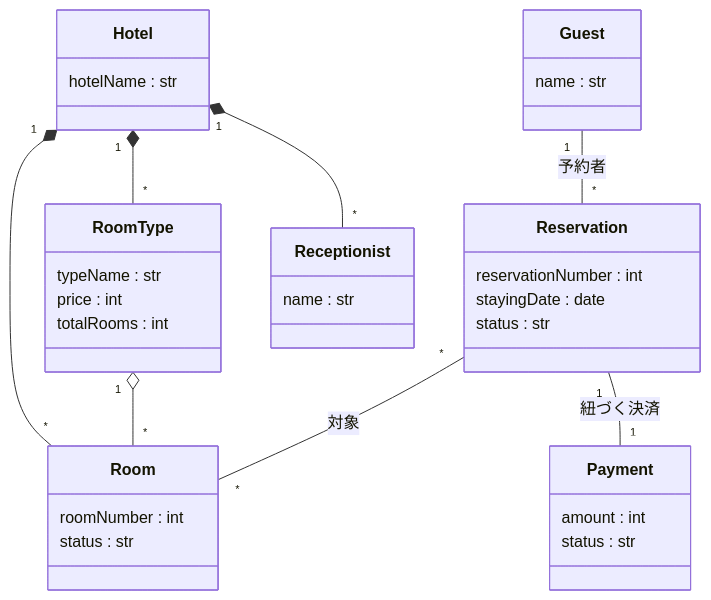
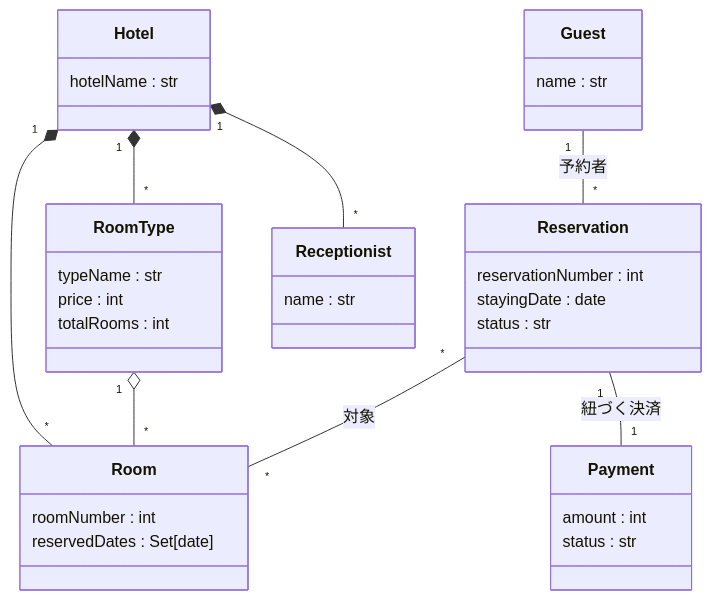
The first of 2 diagrams in Domain_Analysis.md (Kohki-tyl/HRS), drawn with Mermaid before and after one commit. The commit also changed other lines of this file, not shown here.

Commit message:
roomのstatusをreservedDatesに変更

````diff
--- a/Domain_Analysis.md
+++ b/Domain_Analysis.md
@@ -20,37 +20,37 @@
 ```mermaid
 classDiagram
     class Guest {
         name : str
     }
     class Reservation {
         reservationNumber : int
         stayingDate : date
         status : str
     }
     class Hotel {
         hotelName : str
     }
     class RoomType {
         typeName : str
         price : int
         totalRooms : int
     }
     class Room {
         roomNumber : int
-        status : str
+        reservedDates : Set[date]
     }
     class Receptionist{
         name : str
     }
     class Payment {
         amount : int
         status : str
     }
     Hotel "1" *-- "*" RoomType : 
     Hotel "1" *-- "*" Room : 
     RoomType "1" o-- "*" Room : 
     Hotel "1" *-- "*" Receptionist : 
     Guest "1" -- "*" Reservation : 予約者
     Reservation "*" -- "*" Room : 対象
     Reservation "1" -- "1" Payment : 紐づく決済
 ```
````
